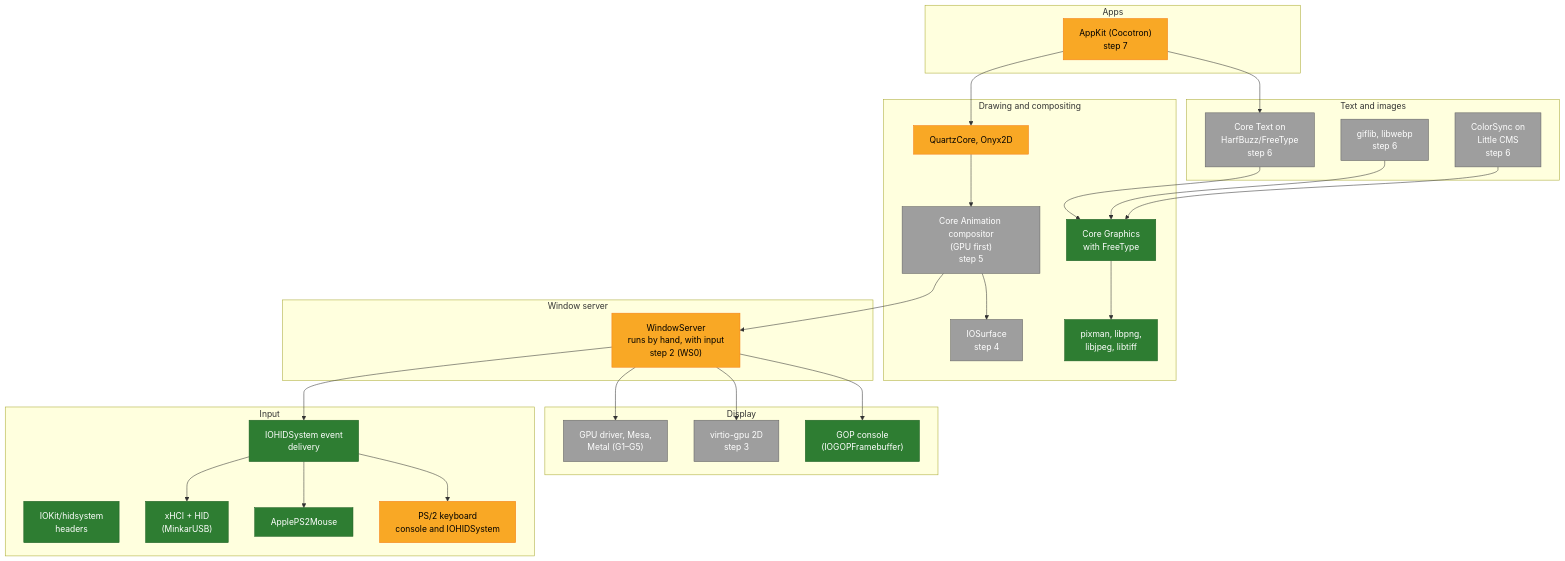
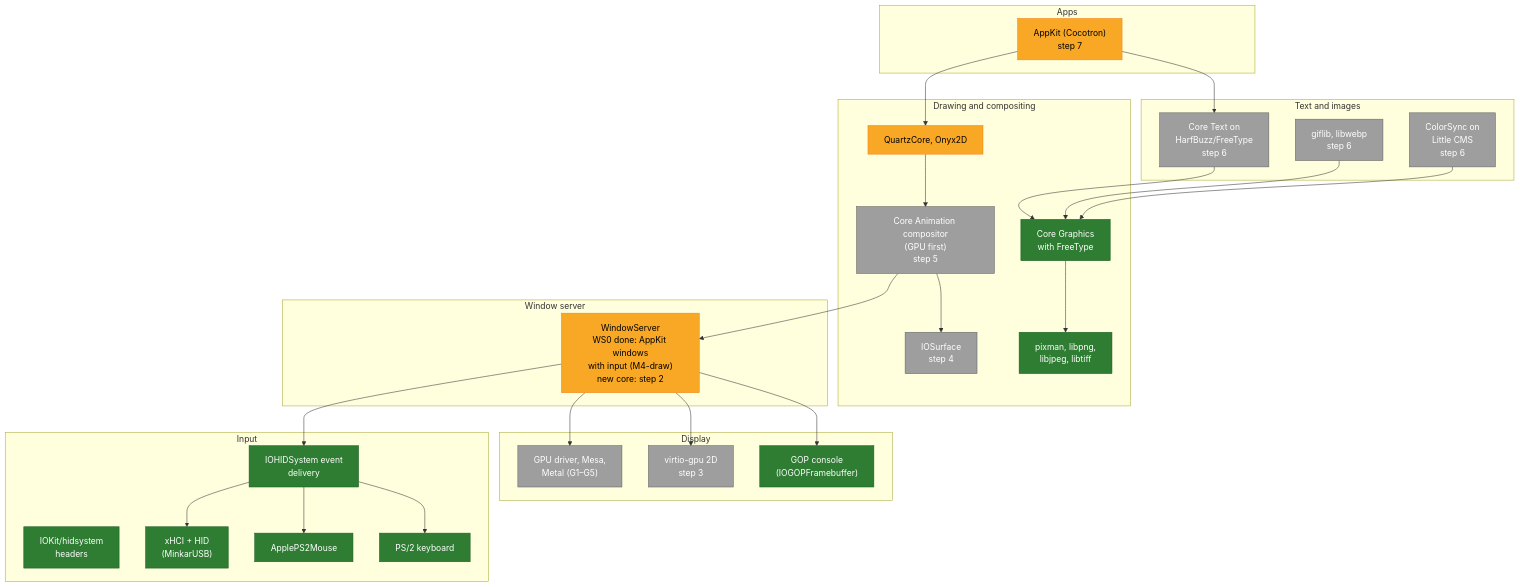
Before and after one commit to minkaros/minkar: the third of 4 diagrams in Docs/Progress.md, drawn with Mermaid. The commit also changed other lines of this file and 5 other files, not shown here.

First line of the commit message:
Docs: WS0 done (WindowServer draws AppKit windows, gate M4-draw)

````diff
--- a/Docs/Progress.md
+++ b/Docs/Progress.md
@@ -73,48 +73,48 @@
 ```mermaid
 flowchart TB
     subgraph APPS["Apps"]
         AK["AppKit (Cocotron)<br/>step 7"]:::partial
     end
     subgraph TEXT["Text and images"]
         CT["Core Text on<br/>HarfBuzz/FreeType<br/>step 6"]:::todo
         IMG["giflib, libwebp<br/>step 6"]:::todo
         CS["ColorSync on<br/>Little CMS<br/>step 6"]:::todo
     end
     subgraph DRAW["Drawing and compositing"]
         CG["Core Graphics<br/>with FreeType"]:::done
         LIBS["pixman, libpng,<br/>libjpeg, libtiff"]:::done
         QC["QuartzCore, Onyx2D"]:::partial
         CA["Core Animation compositor<br/>(GPU first)<br/>step 5"]:::todo
         IOS["IOSurface<br/>step 4"]:::todo
     end
     subgraph SERVER["Window server"]
-        WS["WindowServer<br/>runs by hand, with input<br/>step 2 (WS0)"]:::partial
+        WS["WindowServer<br/>WS0 done: AppKit windows<br/>with input (M4-draw)<br/>new core: step 2"]:::partial
     end
     subgraph INPUT["Input"]
         HIDH["IOKit/hidsystem<br/>headers"]:::done
         USB["xHCI + HID<br/>(MinkarUSB)"]:::done
-        KBD["PS/2 keyboard<br/>console and IOHIDSystem"]:::partial
+        KBD["PS/2 keyboard"]:::done
         MOUSE["ApplePS2Mouse"]:::done
         HIDS["IOHIDSystem event<br/>delivery"]:::done
     end
     subgraph DISPLAY["Display"]
         GOP["GOP console<br/>(IOGOPFramebuffer)"]:::done
         VGPU["virtio-gpu 2D<br/>step 3"]:::todo
         GPUD["GPU driver, Mesa,<br/>Metal (G1–G5)"]:::todo
     end
 
     AK --> CT & QC
     CT --> CG
     QC --> CA --> IOS
     CA --> WS
     WS --> GOP & VGPU & GPUD
     WS --> HIDS
     HIDS --> KBD & MOUSE & USB
     CG --> LIBS
     IMG --> CG
     CS --> CG
 
     classDef done fill:#2e7d32,stroke:#1b5e20,color:#fff
     classDef partial fill:#f9a825,stroke:#f57f17,color:#000
     classDef todo fill:#9e9e9e,stroke:#616161,color:#fff
 ```
````
